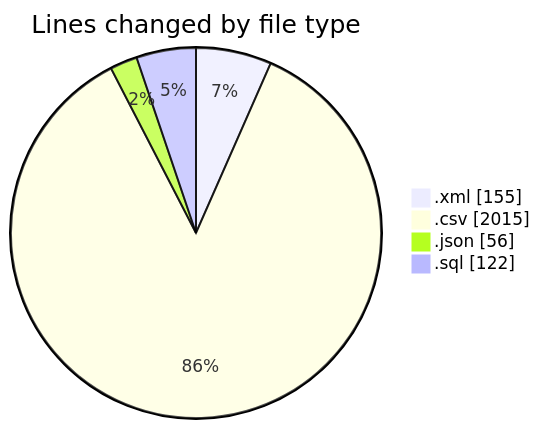
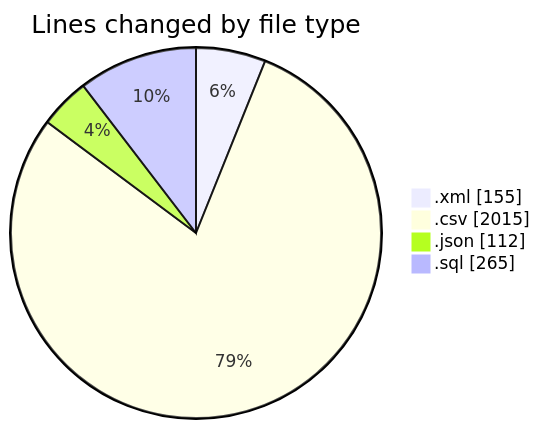
Before and after one commit to ricardozamudiocil/code-tracking: the first of 2 diagrams in 2026-06-04/cilapp/README.md, drawn with Mermaid. The commit also changed other lines of this file and 1 other file, not shown here.

````diff
--- a/2026-06-04/cilapp/README.md
+++ b/2026-06-04/cilapp/README.md
@@ -26,8 +28,8 @@
 ```mermaid
 pie showData
 title Lines changed by file type
 ".xml" : 155
 ".csv" : 2015
-".json" : 56
-".sql" : 122
+".json" : 112
+".sql" : 265
 ```
````
